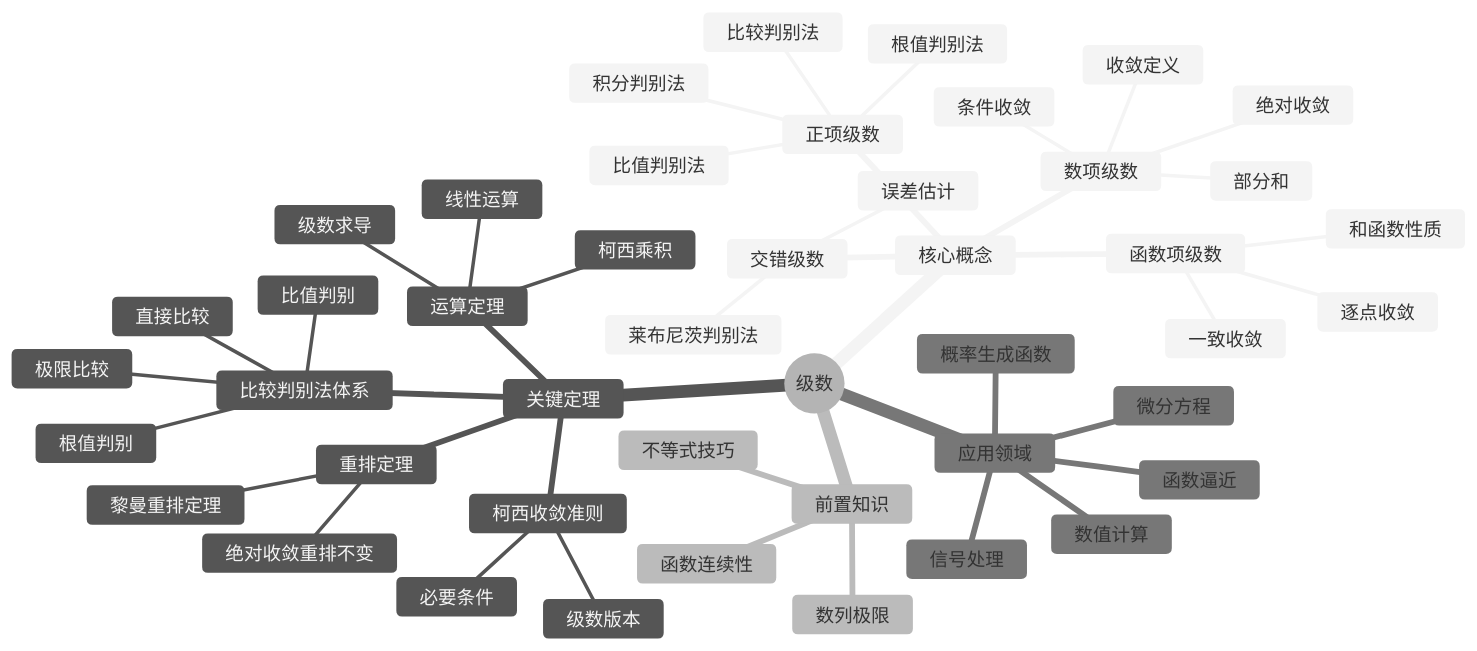
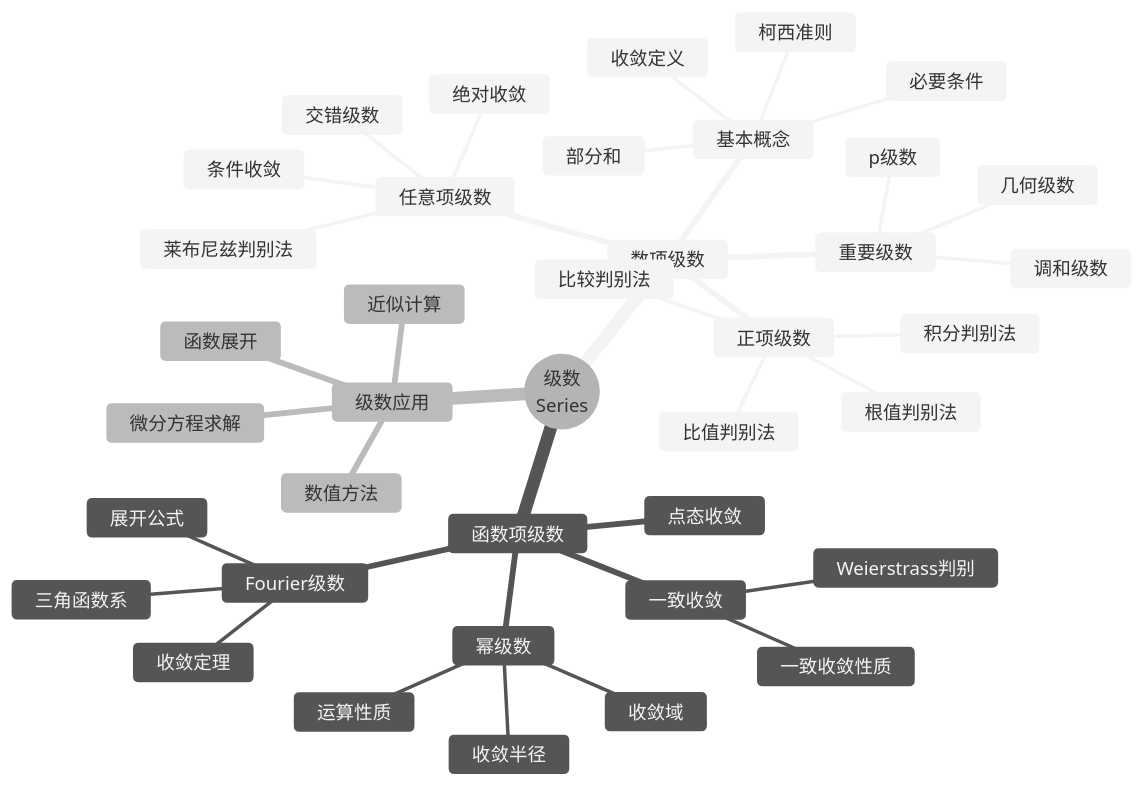
Before and after one commit to AdaMartin18010/FormalMath: the first of 7 diagrams in docs/concept-mindmaps/04-级数.md, drawn with Mermaid (neutral theme). The commit also changed other lines of this file and 2385 other files, not shown here.

````diff
--- a/docs/concept-mindmaps/04-级数.md
+++ b/docs/concept-mindmaps/04-级数.md
@@ -6,48 +16,42 @@
 ```mermaid
 mindmap
-  root((级数))
-    核心概念
-      数项级数
+  root((级数<br/>Series))
+    数项级数
+      基本概念
         部分和
         收敛定义
-        绝对收敛
-        条件收敛
+        柯西准则
+        必要条件
       正项级数
         比较判别法
         比值判别法
         根值判别法
         积分判别法
-      交错级数
-        莱布尼茨判别法
-        误差估计
-      函数项级数
-        逐点收敛
-        一致收敛
-        和函数性质
-    关键定理
-      柯西收敛准则
-        级数版本
-        必要条件
-      比较判别法体系
-        直接比较
-        极限比较
-        比值判别
-        根值判别
-      重排定理
-        黎曼重排定理
-        绝对收敛重排不变
-      运算定理
-        线性运算
-        柯西乘积
-        级数求导
-    前置知识
-      数列极限
-      不等式技巧
-      函数连续性
-    应用领域
-      数值计算
-      函数逼近
-      微分方程
-      信号处理
-      概率生成函数
+      任意项级数
+        绝对收敛
+        条件收敛
+        交错级数
+        莱布尼兹判别法
+      重要级数
+        几何级数
+        p级数
+        调和级数
+    函数项级数
+      点态收敛
+      一致收敛
+        Weierstrass判别
+        一致收敛性质
+      幂级数
+        收敛半径
+        收敛域
+        运算性质
+      Fourier级数
+        三角函数系
+        展开公式
+        收敛定理
+    级数应用
+      函数展开
+      近似计算
+      微分方程求解
+      数值方法
 ```
````
